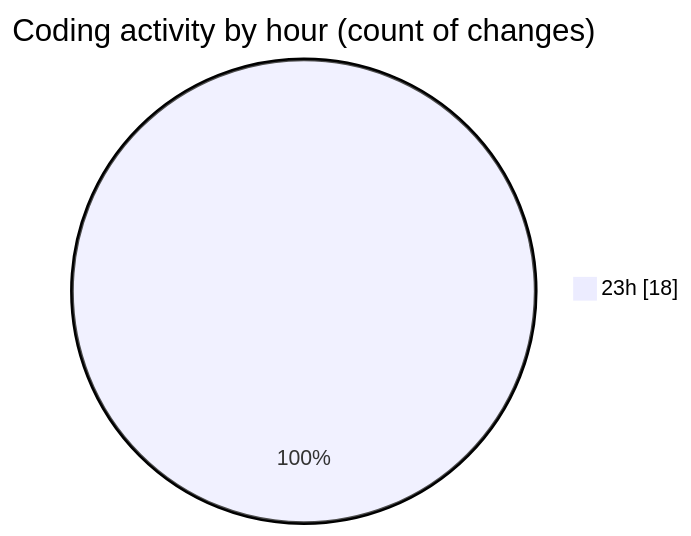
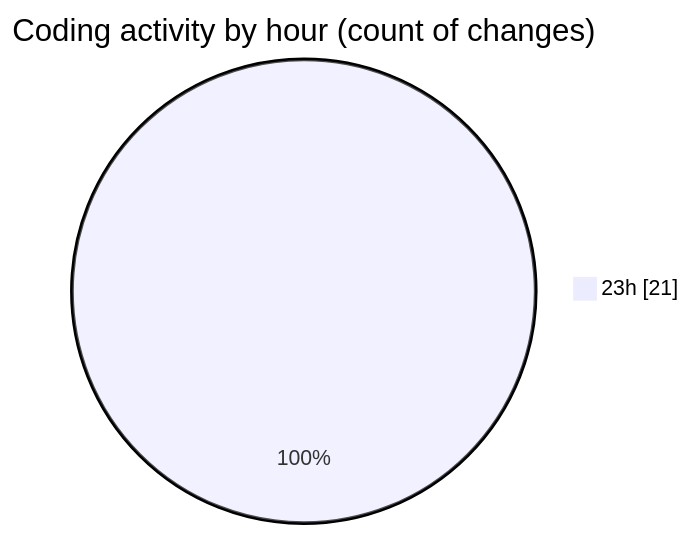
One commit to hasnaa123/code-tracking changed the second of 2 diagrams in 2026-11-02/taskforge/README.md. Above: the diagram before and after it, drawn with Mermaid. The commit also changed other lines of this file and 1 other file, not shown here.

````diff
--- a/2026-11-02/taskforge/README.md
+++ b/2026-11-02/taskforge/README.md
@@ -29,5 +29,5 @@
 ```mermaid
 pie showData
 title Coding activity by hour (count of changes)
-"23h" : 18
+"23h" : 21
 ```
````
